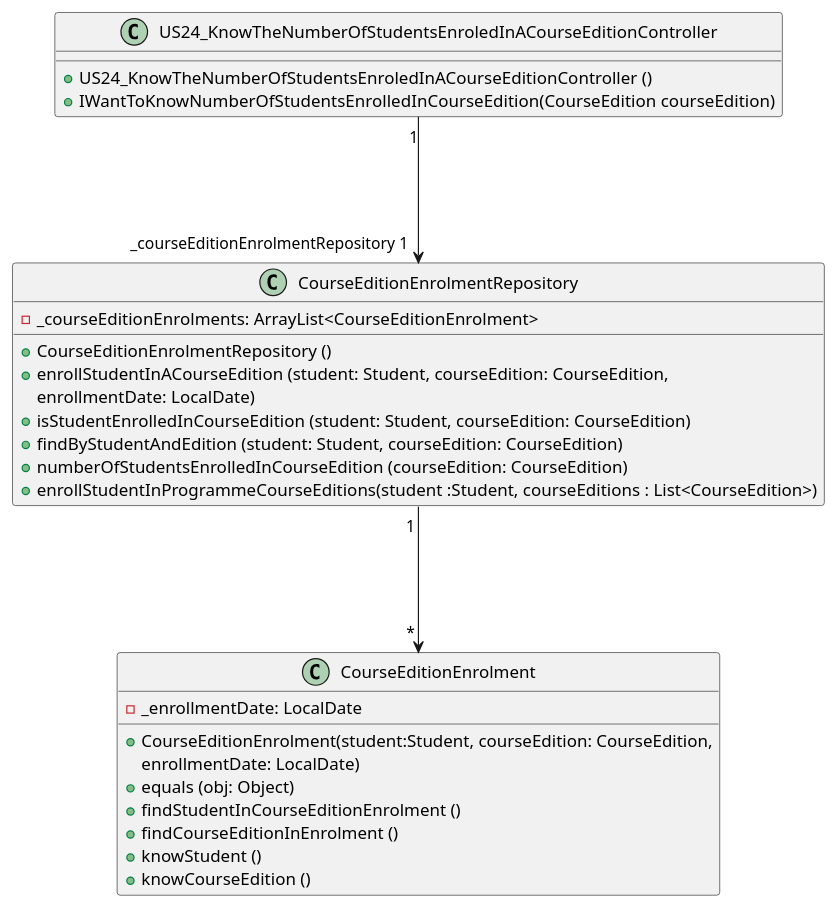
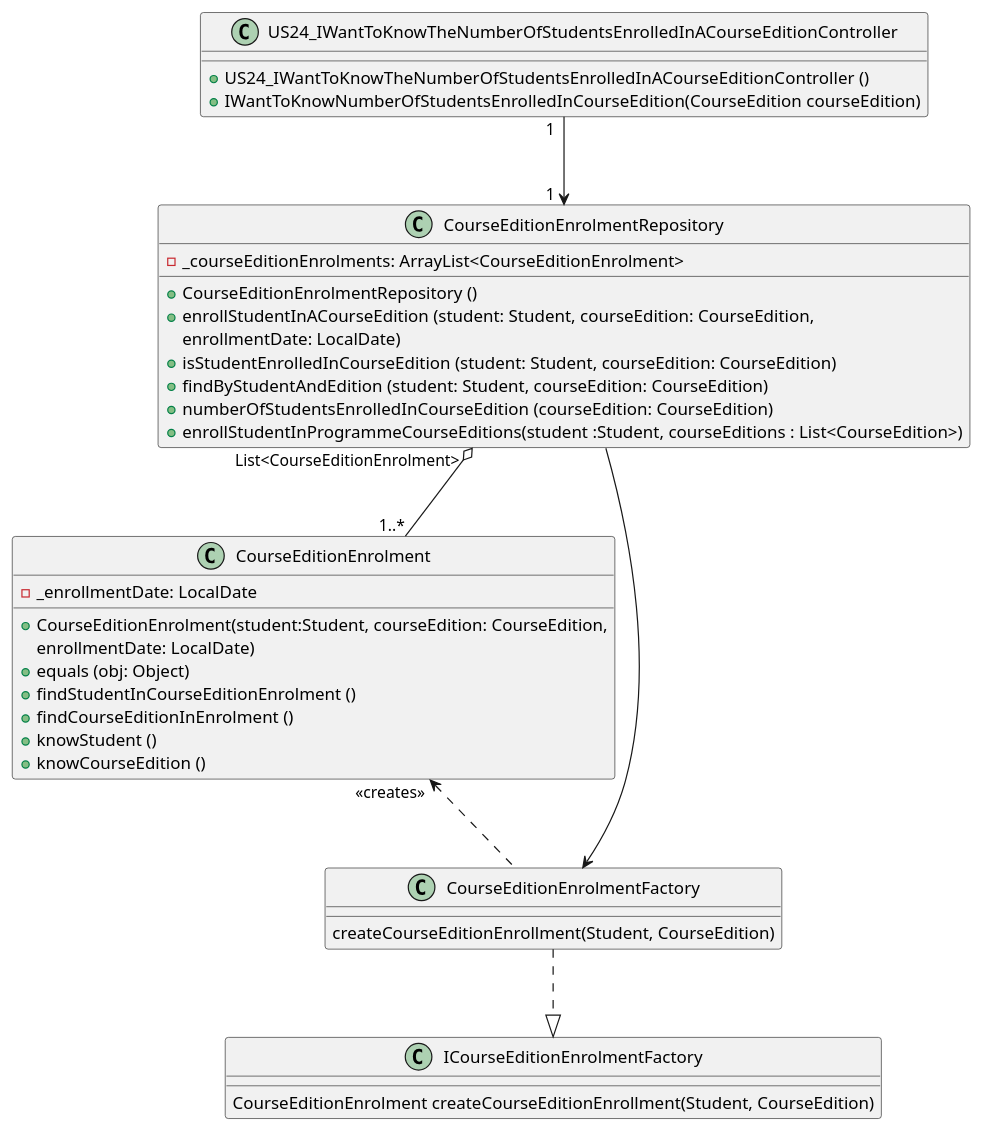
Before and after one commit to GasparISEP/DevOps-PAI: the diagram in docs/US24/US24_ClassDiagram.puml, drawn with PlantUML.

Commit message:
Fixed US24 Class Diagram.

```diff
--- a/docs/US24/US24_ClassDiagram.puml
+++ b/docs/US24/US24_ClassDiagram.puml
@@ -1,35 +1,47 @@
 @startuml
 'https://plantuml.com/class-diagram
 
-class US24_KnowTheNumberOfStudentsEnroledInACourseEditionController {
-+US24_KnowTheNumberOfStudentsEnroledInACourseEditionController ()
+!pragma layout smetana
+'left to right direction'
+
+class US24_IWantToKnowTheNumberOfStudentsEnrolledInACourseEditionController {
++US24_IWantToKnowTheNumberOfStudentsEnrolledInACourseEditionController ()
 +IWantToKnowNumberOfStudentsEnrolledInCourseEdition(CourseEdition courseEdition)
 }
 
 class CourseEditionEnrolmentRepository {
     -_courseEditionEnrolments: ArrayList<CourseEditionEnrolment>
     +CourseEditionEnrolmentRepository ()
     +enrollStudentInACourseEdition (student: Student, courseEdition: CourseEdition,
     enrollmentDate: LocalDate)
     +isStudentEnrolledInCourseEdition (student: Student, courseEdition: CourseEdition)
     +findByStudentAndEdition (student: Student, courseEdition: CourseEdition)
     +numberOfStudentsEnrolledInCourseEdition (courseEdition: CourseEdition)
     +enrollStudentInProgrammeCourseEditions(student :Student, courseEditions : List<CourseEdition>)
 }
 
 class CourseEditionEnrolment {
     -_enrollmentDate: LocalDate
     +CourseEditionEnrolment(student:Student, courseEdition: CourseEdition,
      enrollmentDate: LocalDate)
     +equals (obj: Object)
     +findStudentInCourseEditionEnrolment ()
     +findCourseEditionInEnrolment ()
     +knowStudent ()
     +knowCourseEdition ()
 }
 
-US24_KnowTheNumberOfStudentsEnroledInACourseEditionController "1" ---> "_courseEditionEnrolmentRepository 1"CourseEditionEnrolmentRepository
-CourseEditionEnrolmentRepository "1 " ---> " * "CourseEditionEnrolment
+class CourseEditionEnrolmentFactory {
+createCourseEditionEnrollment(Student, CourseEdition)
+}
 
+class ICourseEditionEnrolmentFactory {
+CourseEditionEnrolment createCourseEditionEnrollment(Student, CourseEdition)
+}
 
+US24_IWantToKnowTheNumberOfStudentsEnrolledInACourseEditionController "1  " ---> "1  "CourseEditionEnrolmentRepository
+CourseEditionEnrolment "<<creates>> " <...  CourseEditionEnrolmentFactory
+CourseEditionEnrolmentFactory  ...|>  ICourseEditionEnrolmentFactory
+CourseEditionEnrolmentRepository "List<CourseEditionEnrolment>   " o--- "1..*" CourseEditionEnrolment
+CourseEditionEnrolmentFactory <-- CourseEditionEnrolmentRepository
 @enduml
```
